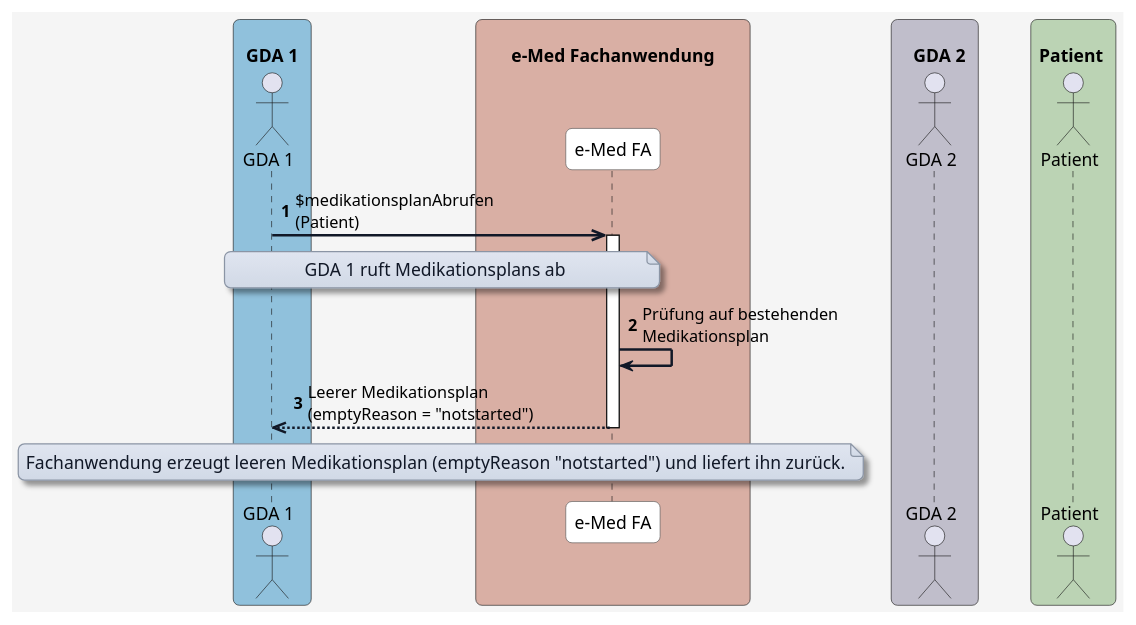
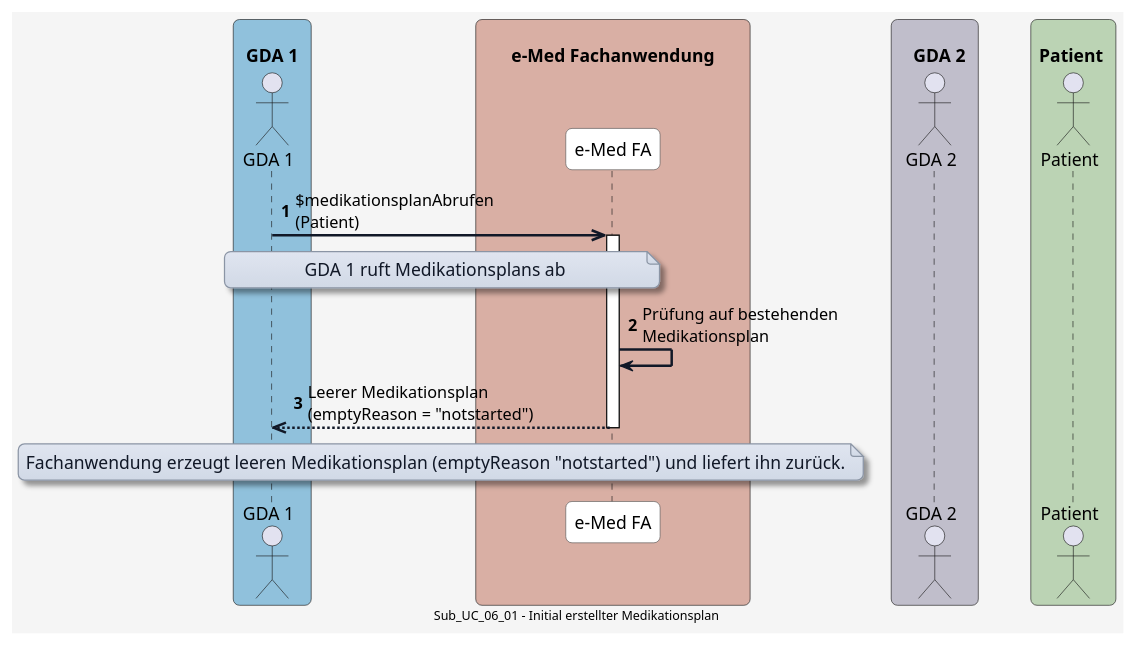
One commit to HL7Austria/ELGA-e-Medikation-R4 changed the diagram in input/images-source/UC_06_01.plantuml. Above: the diagram before and after it, drawn with PlantUML. The commit also changed 6 other files, not shown here.

Commit message:
Update Sub_UC_06_03 - Medikationsplaneintrag in Medikationsplan hinzufügen + diagrams

```diff
--- a/input/images-source/UC_06_01.plantuml
+++ b/input/images-source/UC_06_01.plantuml
@@ -1,77 +1,79 @@
 @startuml
 skinparam borderColor #000000
 skinparam backgroundColor #f5f5f5
 skinparam shadowing false
 skinparam roundCorner 10
 skinparam defaultFontName "Arial"
 skinparam defaultFontSize 14
 skinparam defaultFontColor #000000
 
 skinparam note {
   BackgroundColor #e0e5f0-#d1d9e6
   BorderColor #8b95a5
   BorderThickness 1
   RoundCorner 8
   Padding 6
   FontColor #111827
   Shadowing true
 }
 
 skinparam HyperlinkColor #0000EE
 skinparam HyperlinkUnderline false
 
 skinparam sequence {
   ParticipantBorderColor #555555
   ParticipantBackgroundColor #ffffff
   ParticipantFontColor #000000
   ParticipantFontSize 14
   ParticipantPadding 20
   ArrowColor #111827
   ArrowThickness 2
   ArrowFontColor #000000
   ArrowFontSize 13
   GroupBorderColor #111827
   GroupBackgroundColor #f3f4f6
   GroupBorderThickness 1
 }
 
 skinparam BoxPadding 20
 skinparam BoxBorderColor #555555
 
 box "\n  GDA 1  " #90C1DC
   actor GDA_1 as "GDA 1"
 end box
 
 box "\n       e-Med Fachanwendung       " #D9AFA4
   participant eMed_FA as "e-Med FA"
 end box
 
 box "\n    GDA 2  " #C0BECB
   actor GDA_2 as "GDA 2"
 end box
 
 box "\n Patient  " #BBD3B4
   actor Patient as "Patient"
 end box
 
 autonumber
 
 
 GDA_1 ->> eMed_FA: $medikationsplanAbrufen\n(Patient)
 
 note over GDA_1, eMed_FA
 GDA 1 ruft Medikationsplans ab
 end note
 
 activate eMed_FA
 eMed_FA -> eMed_FA: Prüfung auf bestehenden\nMedikationsplan
 
 eMed_FA -->> GDA_1: Leerer Medikationsplan\n(emptyReason = "notstarted")
 
 deactivate eMed_FA
 
 note over GDA_1, eMed_FA
 Fachanwendung erzeugt leeren Medikationsplan (emptyReason "notstarted") und liefert ihn zurück.
 end note
 
+center footer Sub_UC_06_01 - Initial erstellter Medikationsplan
+
 @enduml
```
